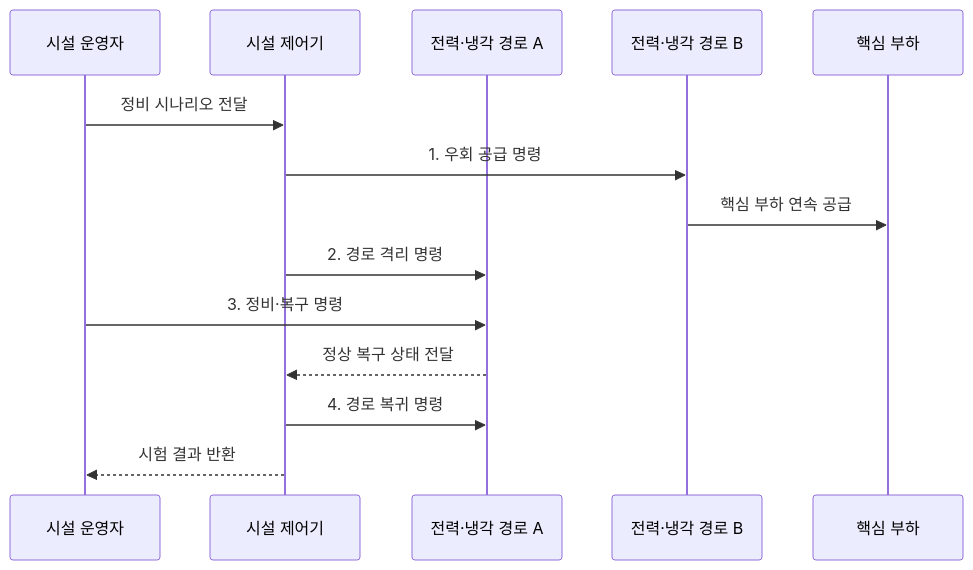
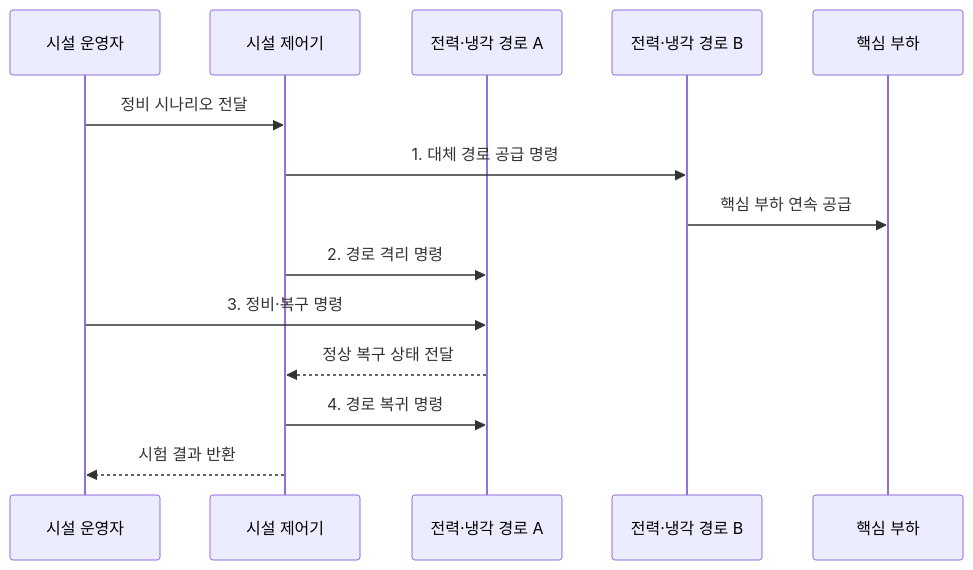
Before and after one commit to agnusdei1207/knowledge-base: the diagram in src/content/docs/notes/02-hardware/056_data_center_tier.md, drawn with Mermaid. The commit also changed other lines of this file and 15 other files, not shown here.

````diff
--- a/src/content/docs/notes/02-hardware/056_data_center_tier.md
+++ b/src/content/docs/notes/02-hardware/056_data_center_tier.md
@@ -74,17 +74,17 @@
 ```mermaid
 sequenceDiagram
     participant O as 시설 운영자
     participant C as 시설 제어기
     participant A as 전력·냉각 경로 A
     participant B as 전력·냉각 경로 B
     participant L as 핵심 부하
 
     O->>C: 정비 시나리오 전달
-    C->>B: 1. 우회 공급 명령
+    C->>B: 1. 대체 경로 공급 명령
     B->>L: 핵심 부하 연속 공급
     C->>A: 2. 경로 격리 명령
     O->>A: 3. 정비·복구 명령
     A-->>C: 정상 복구 상태 전달
     C->>A: 4. 경로 복귀 명령
     C-->>O: 시험 결과 반환
 ```
````
